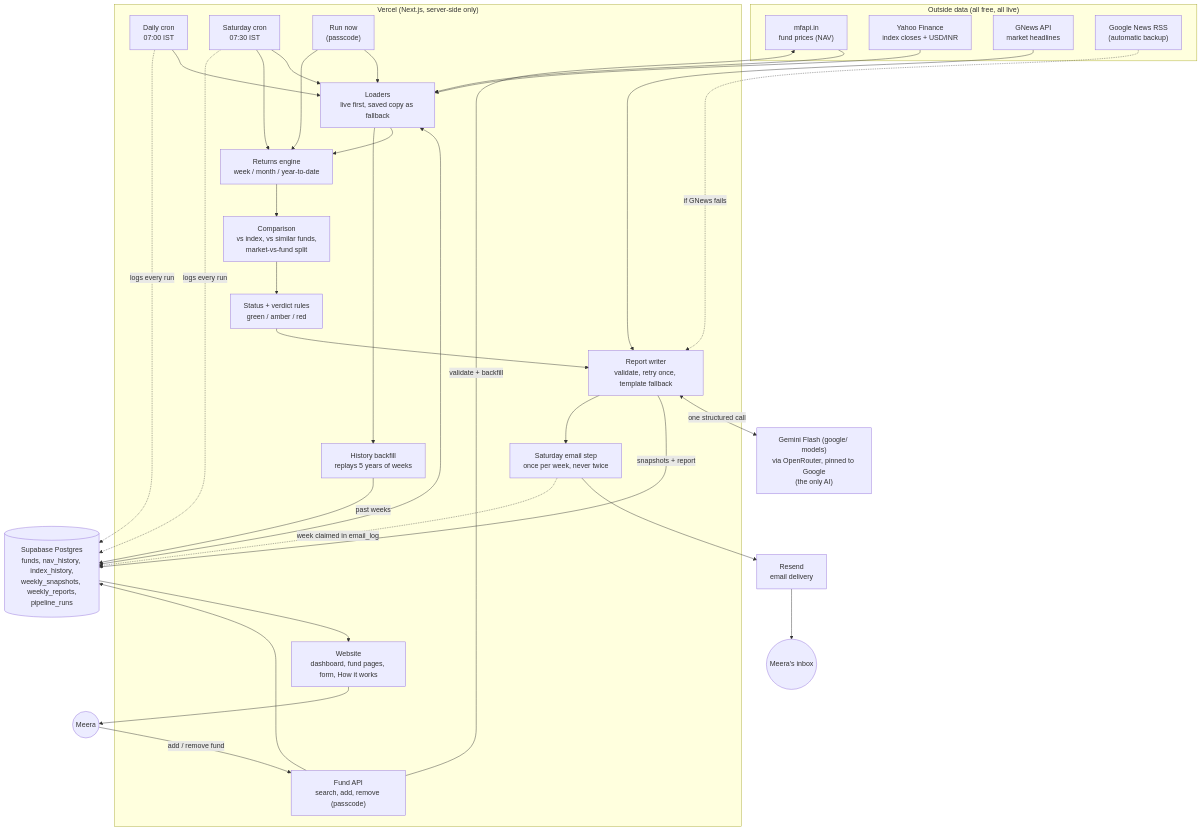
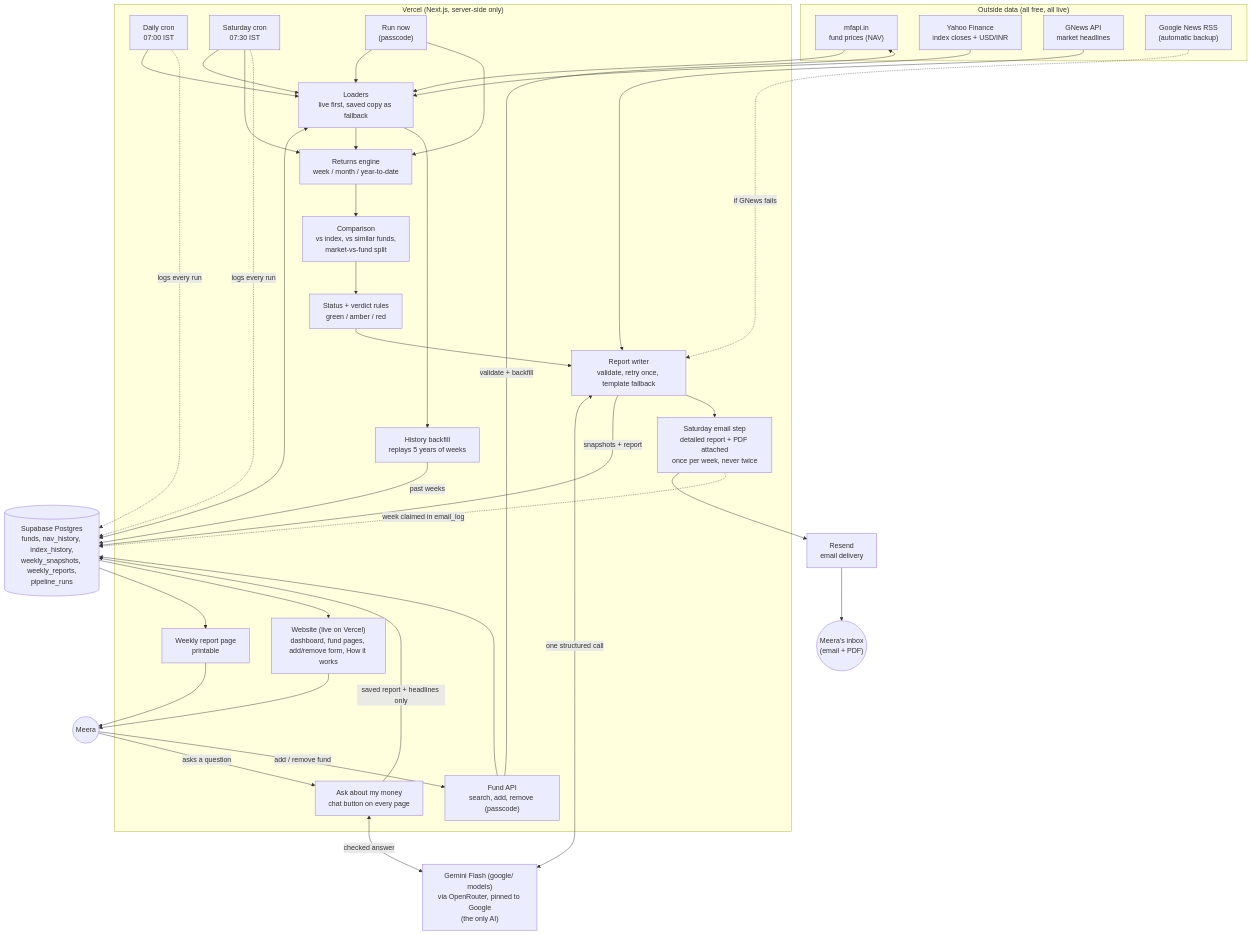
The diagram in docs/COMPONENTS_MAP.md (amlanmahapatra-bit/meera-mf-tracker), drawn with Mermaid before and after one commit. The commit also changed other lines of this file and 10 other files, not shown here.

First line of the commit message:
Floating 'Ask about my money' button on every page; add/remove shortcuts; refreshed Components Map

````diff
--- a/docs/COMPONENTS_MAP.md
+++ b/docs/COMPONENTS_MAP.md
@@ -8,54 +8,60 @@
 ```mermaid
 flowchart TB
   subgraph EXT["Outside data (all free, all live)"]
     MF["mfapi.in<br/>fund prices (NAV)"]
     YF["Yahoo Finance<br/>index closes + USD/INR"]
     GN["GNews API<br/>market headlines"]
     RSS["Google News RSS<br/>(automatic backup)"]
   end
 
   subgraph VERCEL["Vercel (Next.js, server-side only)"]
     CRON1["Daily cron<br/>07:00 IST"]
     CRON2["Saturday cron<br/>07:30 IST"]
     RUN["Run now<br/>(passcode)"]
     LOAD["Loaders<br/>live first, saved copy as fallback"]
     ENGINE["Returns engine<br/>week / month / year-to-date"]
     COMPARE["Comparison<br/>vs index, vs similar funds,<br/>market-vs-fund split"]
     STATUS["Status + verdict rules<br/>green / amber / red"]
     WRITER["Report writer<br/>validate, retry once, template fallback"]
     API["Fund API<br/>search, add, remove (passcode)"]
-    PAGES["Website<br/>dashboard, fund pages, form, How it works"]
-    EMAIL["Saturday email step<br/>once per week, never twice"]
+    PAGES["Website (live on Vercel)<br/>dashboard, fund pages, add/remove form, How it works"]
+    EMAIL["Saturday email step<br/>detailed report + PDF attached<br/>once per week, never twice"]
+    ASK["Ask about my money<br/>chat button on every page"]
+    REPORTPAGE["Weekly report page<br/>printable"]
     BACKFILL["History backfill<br/>replays 5 years of weeks"]
   end
 
   GEM["Gemini Flash (google/ models)<br/>via OpenRouter, pinned to Google<br/>(the only AI)"]
   RS["Resend<br/>email delivery"]
-  MAIL(("Meera's inbox"))
+  MAIL(("Meera's inbox<br/>(email + PDF)"))
   DB[("Supabase Postgres<br/>funds, nav_history, index_history,<br/>weekly_snapshots, weekly_reports,<br/>pipeline_runs")]
   USER(("Meera"))
 
   CRON1 --> LOAD
   RUN --> LOAD
   CRON2 --> LOAD
   MF --> LOAD
   YF --> LOAD
   LOAD <--> DB
   CRON2 --> ENGINE
   RUN --> ENGINE
   LOAD --> ENGINE --> COMPARE --> STATUS
   GN --> WRITER
   RSS -.->|if GNews fails| WRITER
   STATUS --> WRITER
   WRITER <-->|"one structured call"| GEM
   WRITER -->|"snapshots + report"| DB
   CRON1 -. "logs every run" .-> DB
   CRON2 -. "logs every run" .-> DB
   WRITER --> EMAIL --> RS --> MAIL
+  USER -->|"asks a question"| ASK
+  ASK -->|"saved report + headlines only"| DB
+  ASK <-->|"checked answer"| GEM
+  DB --> REPORTPAGE --> USER
   EMAIL -. "week claimed in email_log" .-> DB
   BACKFILL -->|"past weeks"| DB
   LOAD --> BACKFILL
   DB --> PAGES --> USER
   USER -->|"add / remove fund"| API --> DB
   API -->|"validate + backfill"| MF
 ```
````
